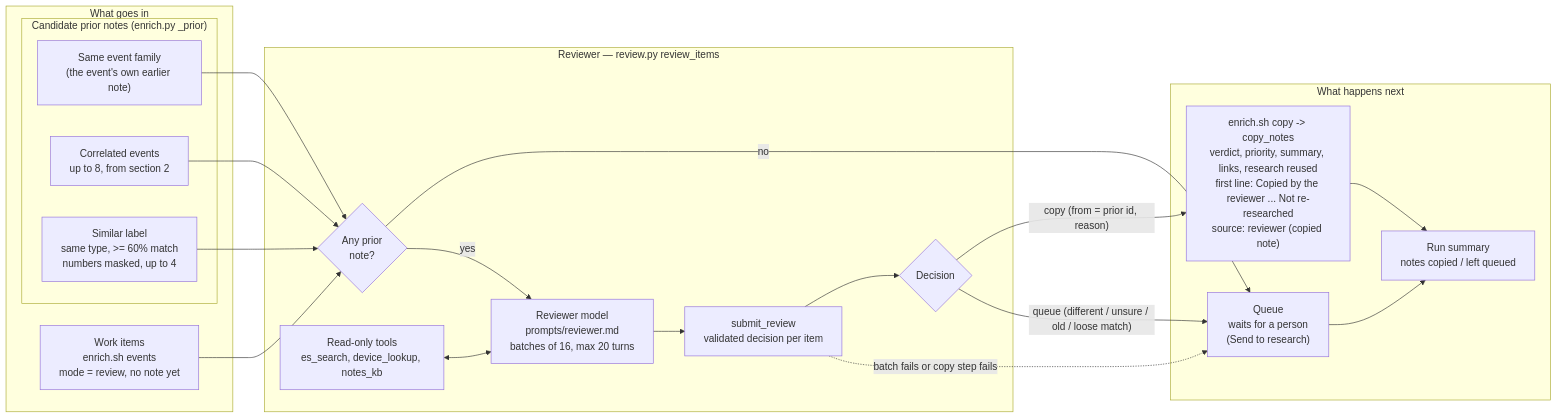
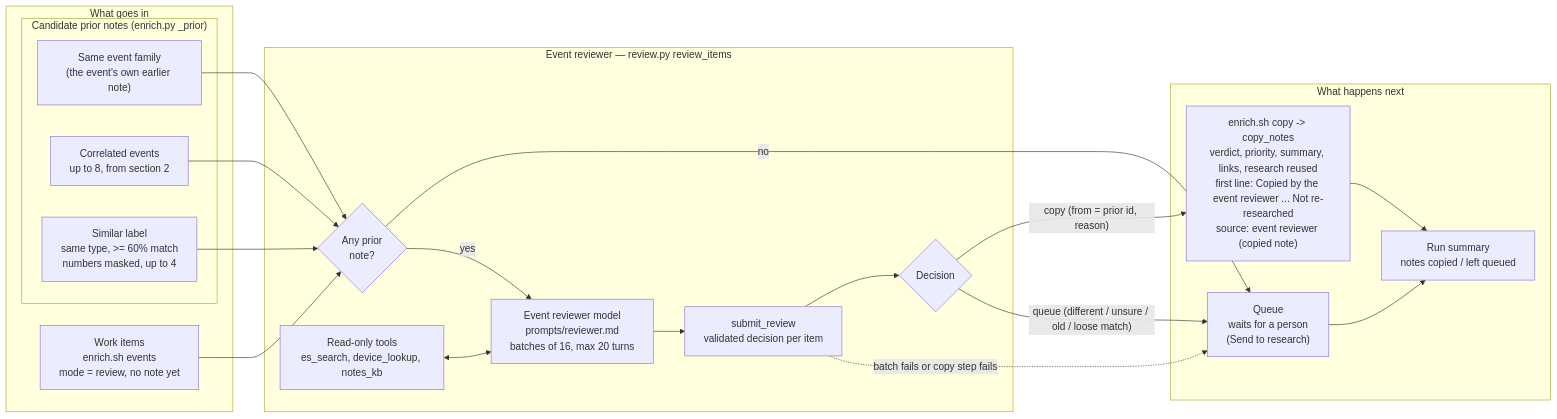
One commit to hermeslohin/netmon changed the third of 3 diagrams in docs/CORRELATION.md. Above: the diagram before and after it, drawn with Mermaid. The commit also changed other lines of this file and 49 other files, not shown here.

First line of the commit message:
Rename the reviewer (Gemma) to 'event reviewer' across UI, docs, logs and audit actor; add 'Managing notes' section to USER_GUIDE

````diff
--- a/docs/CORRELATION.md
+++ b/docs/CORRELATION.md
@@ -646,40 +648,40 @@
 ```mermaid
 flowchart LR
     subgraph IN["What goes in"]
         WORK["Work items\nenrich.sh events\nmode = review, no note yet"]
         subgraph PRIORS["Candidate prior notes (enrich.py _prior)"]
             P1["Same event family\n(the event's own earlier note)"]
             P2["Correlated events\nup to 8, from section 2"]
             P3["Similar label\nsame type, >= 60% match\nnumbers masked, up to 4"]
         end
     end
 
-    subgraph REV["Reviewer — review.py review_items"]
+    subgraph REV["Event reviewer — review.py review_items"]
         NP{"Any prior\nnote?"}
-        RM["Reviewer model\nprompts/reviewer.md\nbatches of 16, max 20 turns"]
+        RM["Event reviewer model\nprompts/reviewer.md\nbatches of 16, max 20 turns"]
         TOOLS["Read-only tools\nes_search, device_lookup, notes_kb"]
         SUB["submit_review\nvalidated decision per item"]
         DEC{"Decision"}
     end
 
     subgraph OUT["What happens next"]
-        CP["enrich.sh copy -> copy_notes\nverdict, priority, summary, links, research reused\nfirst line: Copied by the reviewer ... Not re-researched\nsource: reviewer (copied note)"]
+        CP["enrich.sh copy -> copy_notes\nverdict, priority, summary, links, research reused\nfirst line: Copied by the event reviewer ... Not re-researched\nsource: event reviewer (copied note)"]
         RS["Queue\nwaits for a person\n(Send to research)"]
         STAT["Run summary\nnotes copied / left queued"]
     end
 
     WORK --> NP
     P1 --> NP
     P2 --> NP
     P3 --> NP
     NP -- "no" --> RS
     NP -- "yes" --> RM
     TOOLS <--> RM
     RM --> SUB
     SUB --> DEC
     DEC -- "copy (from = prior id, reason)" --> CP
     DEC -- "queue (different / unsure / old / loose match)" --> RS
     SUB -. "batch fails or copy step fails" .-> RS
     CP --> STAT
     RS --> STAT
 ```
````
